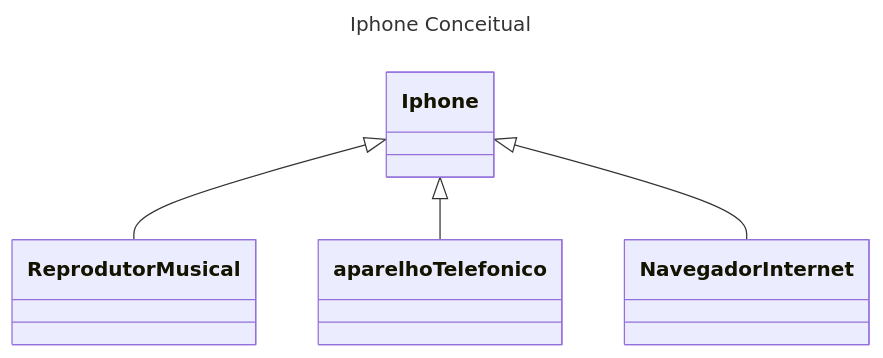
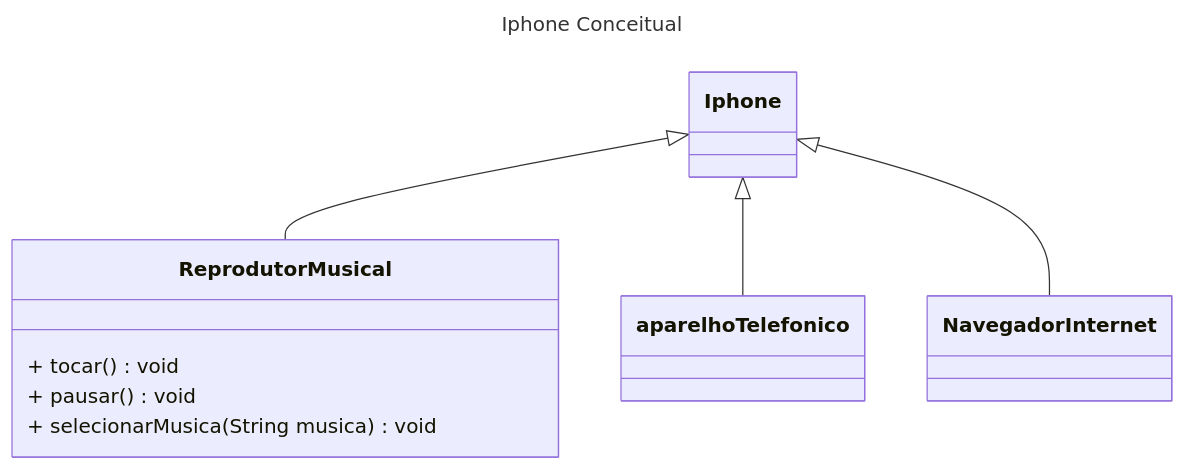
Before and after one commit to filipedhunior/dio-trilha-java-basico: the diagram in IphoneConceitualModel/README.md, drawn with Mermaid.

Commit message:
[Update] README + classDiagram
Adicionando os metodos da classe ReprodutorMusical

`````diff
--- a/IphoneConceitualModel/README.md
+++ b/IphoneConceitualModel/README.md
@@ -2,17 +2,20 @@
 ```` mermaid
 ---
 title: Iphone Conceitual
 ---
 classDiagram
 	Iphone <|-- ReprodutorMusical
 	Iphone <|-- aparelhoTelefonico
 	Iphone <|-- NavegadorInternet
 	class Iphone{
 	}
 	class ReprodutorMusical{
+	+ tocar() void
+	+ pausar() void
+	+ selecionarMusica(String musica) void
 	}
 	class aparelhoTelefonico{
 	}
 	class NavegadorInternet{
 	}
 ````
`````
